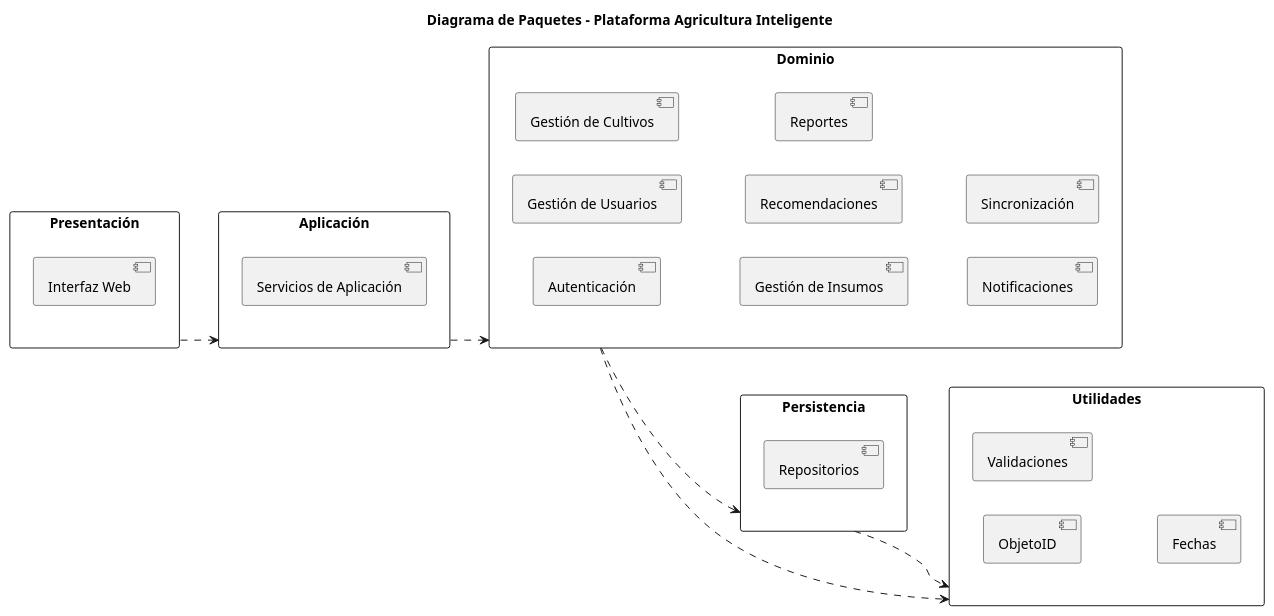
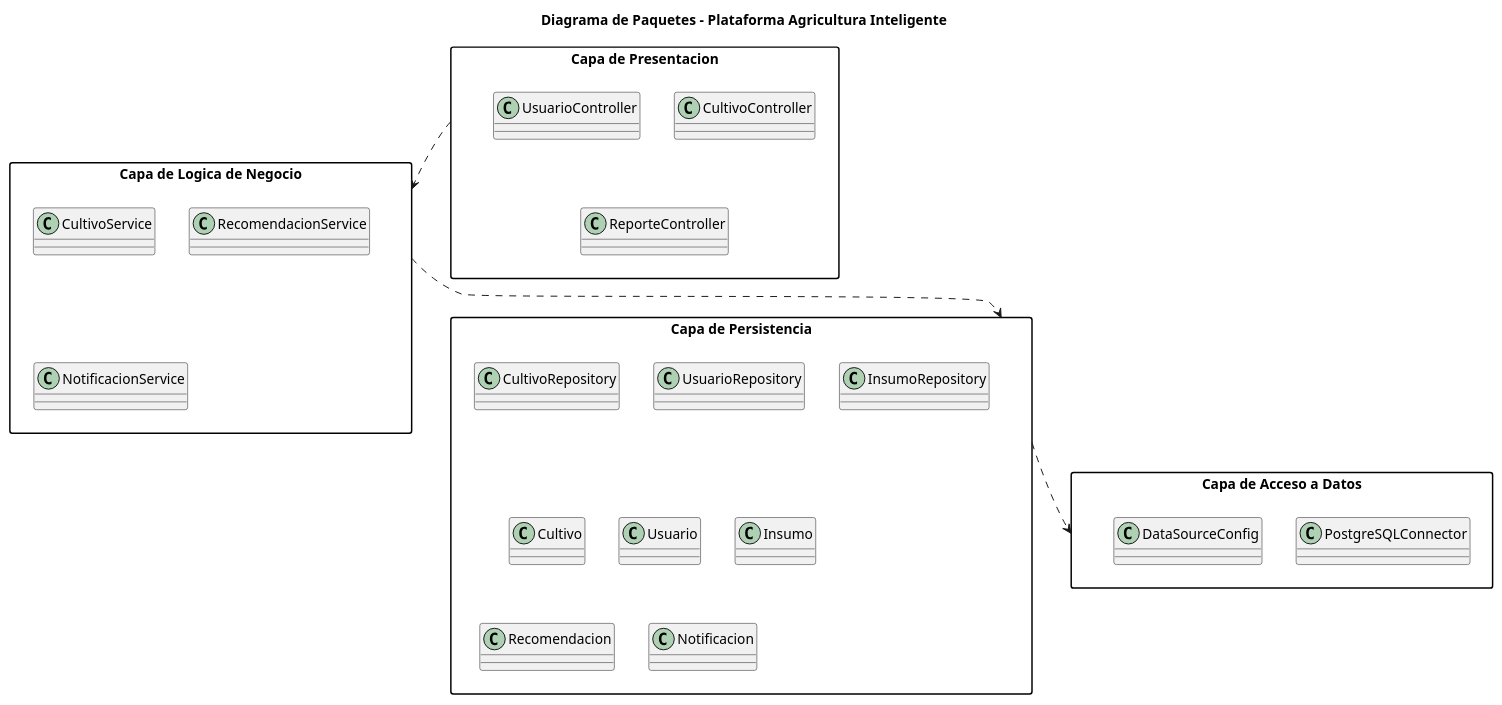
One commit to Moshii-Xz/arquitectura-de-software changed the diagram in 03-Diagramas/08-diagrama-paquetes.puml. Above: the diagram before and after it, drawn with PlantUML. The commit also changed 201 other files, not shown here.

```diff
--- a/03-Diagramas/08-diagrama-paquetes.puml
+++ b/03-Diagramas/08-diagrama-paquetes.puml
@@ -1,46 +1,45 @@
 @startuml
-title Diagrama de Paquetes - Plataforma Agricultura Inteligente
-
-left to right direction
+top to bottom direction
 skinparam packageStyle rectangle
 skinparam shadowing false
 
-package "Presentación" as PRESENTACION {
-  [Interfaz Web]
+title Diagrama de Paquetes - Plataforma Agricultura Inteligente
+
+package "Capa de Presentacion" as PRESENTACION {
+  class CultivoController
+  class UsuarioController
+  class ReporteController
 }
 
-package "Aplicación" as APLICACION {
-  [Servicios de Aplicación]
+package "Capa de Logica de Negocio" as LOGICA_NEGOCIO {
+  class CultivoService
+  class RecomendacionService
+  class NotificacionService
 }
 
-package "Dominio" as DOMINIO {
-  [Autenticación]
-  [Gestión de Usuarios]
-  [Gestión de Cultivos]
-  [Gestión de Insumos]
-  [Recomendaciones]
-  [Reportes]
-  [Notificaciones]
-  [Sincronización]
+package "Capa de Persistencia" as PERSISTENCIA {
+  class CultivoRepository
+  class UsuarioRepository
+  class InsumoRepository
+  class Cultivo
+  class Usuario
+  class Insumo
+  class Recomendacion
+  class Notificacion
 }
 
-package "Persistencia" as PERSISTENCIA {
-  [Repositorios]
+package "Capa de Acceso a Datos" as ACCESO_DATOS {
+  class PostgreSQLConnector
+  class DataSourceConfig
 }
 
-package "Utilidades" as UTIL {
-  [ObjetoID]
-  [Validaciones]
-  [Fechas]
-}
+PRESENTACION ..> LOGICA_NEGOCIO
+LOGICA_NEGOCIO ..> PERSISTENCIA
+PERSISTENCIA ..> ACCESO_DATOS
 
-' Dependencias por capas (CORRECTO)
-PRESENTACION ..> APLICACION
-APLICACION ..> DOMINIO
-DOMINIO ..> PERSISTENCIA
-
-' Uso transversal
-DOMINIO ..> UTIL
-PERSISTENCIA ..> UTIL
+' Orden visual vertical de arriba hacia abajo
+PRESENTACION -down[hidden]-> LOGICA_NEGOCIO
+LOGICA_NEGOCIO -down[hidden]-> PERSISTENCIA
+PERSISTENCIA -down[hidden]-> ACCESO_DATOS
 
 @enduml
```
